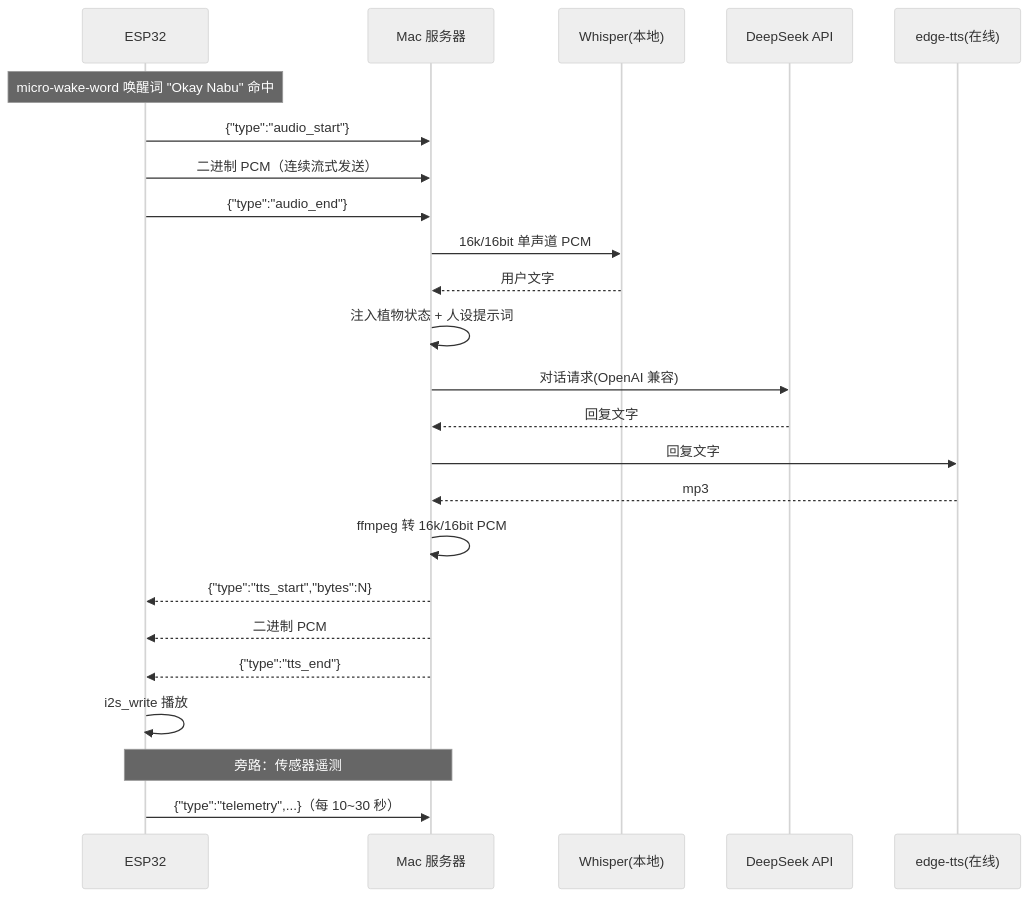
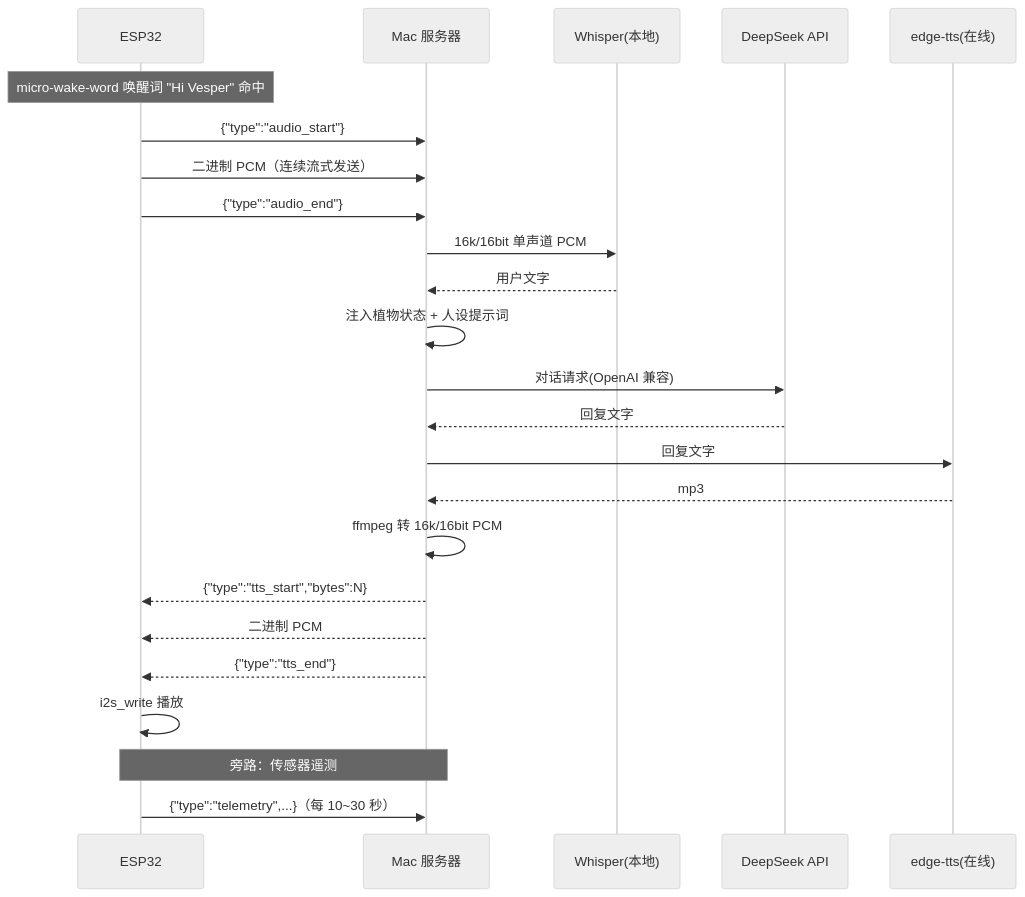
The diagram in README.md (Hongzhen-Liang/Viora), drawn with Mermaid (neutral theme) before and after one commit. The commit also changed other lines of this file and 20 other files, not shown here.

First line of the commit message:
Refactor wake word training and introduce new scripts

````diff
--- a/README.md
+++ b/README.md
@@ -23,28 +23,28 @@
 ```mermaid
 sequenceDiagram
     participant E as ESP32
     participant S as Mac 服务器
     participant W as Whisper(本地)
     participant D as DeepSeek API
     participant T as edge-tts(在线)
 
-    Note over E: micro-wake-word 唤醒词 "Okay Nabu" 命中
+    Note over E: micro-wake-word 唤醒词 "Hi Vesper" 命中
     E->>S: {"type":"audio_start"}
     E->>S: 二进制 PCM（连续流式发送）
     E->>S: {"type":"audio_end"}
     S->>W: 16k/16bit 单声道 PCM
     W-->>S: 用户文字
     S->>S: 注入植物状态 + 人设提示词
     S->>D: 对话请求(OpenAI 兼容)
     D-->>S: 回复文字
     S->>T: 回复文字
     T-->>S: mp3
     S->>S: ffmpeg 转 16k/16bit PCM
     S-->>E: {"type":"tts_start","bytes":N}
     S-->>E: 二进制 PCM
     S-->>E: {"type":"tts_end"}
     E->>E: i2s_write 播放
 
     Note over E,S: 旁路：传感器遥测
     E->>S: {"type":"telemetry",...}（每 10~30 秒）
 ```
````
